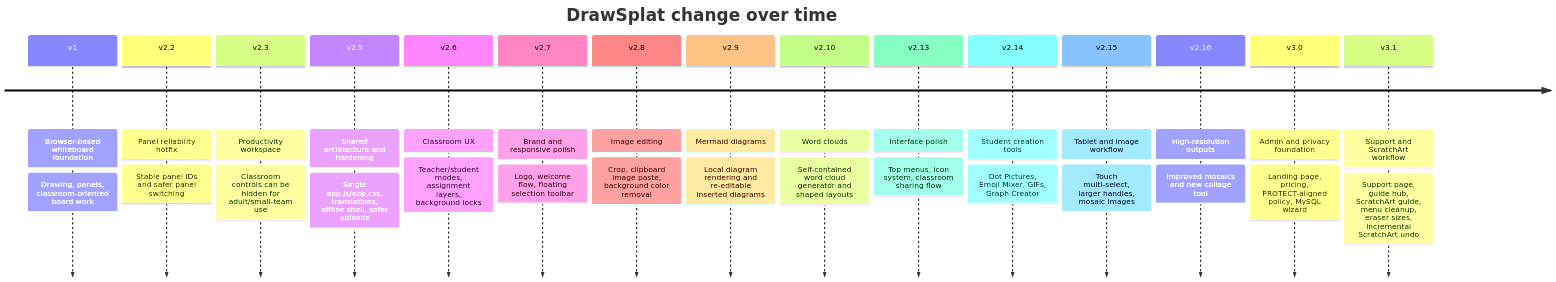
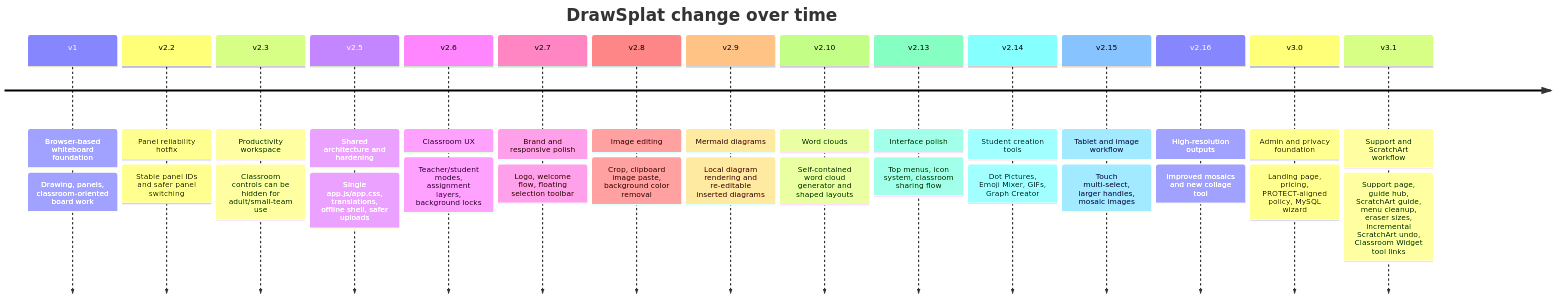
One commit to mguhlin/drawsplat changed the diagram in README.md. Above: the diagram before and after it, drawn with Mermaid. The commit also changed other lines of this file and 1 other file, not shown here.

````diff
--- a/README.md
+++ b/README.md
@@ -30,34 +33,34 @@
 ```mermaid
 timeline
   title DrawSplat change over time
   v1 : Browser-based whiteboard foundation
      : Drawing, panels, classroom-oriented board work
   v2.2 : Panel reliability hotfix
        : Stable panel IDs and safer panel switching
   v2.3 : Productivity workspace
        : Classroom controls can be hidden for adult/small-team use
   v2.5 : Shared architecture and hardening
        : Single app.js/app.css, translations, offline shell, safer uploads
   v2.6 : Classroom UX
        : Teacher/student modes, assignment layers, background locks
   v2.7 : Brand and responsive polish
        : Logo, welcome flow, floating selection toolbar
   v2.8 : Image editing
        : Crop, clipboard image paste, background color removal
   v2.9 : Mermaid diagrams
        : Local diagram rendering and re-editable inserted diagrams
   v2.10 : Word clouds
         : Self-contained word cloud generator and shaped layouts
   v2.13 : Interface polish
         : Top menus, icon system, classroom sharing flow
   v2.14 : Student creation tools
         : Dot Pictures, Emoji Mixer, GIFs, Graph Creator
   v2.15 : Tablet and image workflow
         : Touch multi-select, larger handles, mosaic images
   v2.16 : High-resolution outputs
         : Improved mosaics and new collage tool
   v3.0 : Admin and privacy foundation
        : Landing page, pricing, PROTECT-aligned policy, MySQL wizard
   v3.1 : Support and ScratchArt workflow
-       : Support page, guide hub, ScratchArt guide, menu cleanup, eraser sizes, incremental ScratchArt undo
+       : Support page, guide hub, ScratchArt guide, menu cleanup, eraser sizes, incremental ScratchArt undo, Classroom Widget tool links
 ```
````
